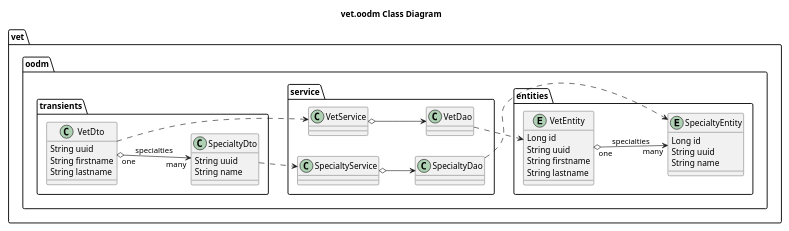
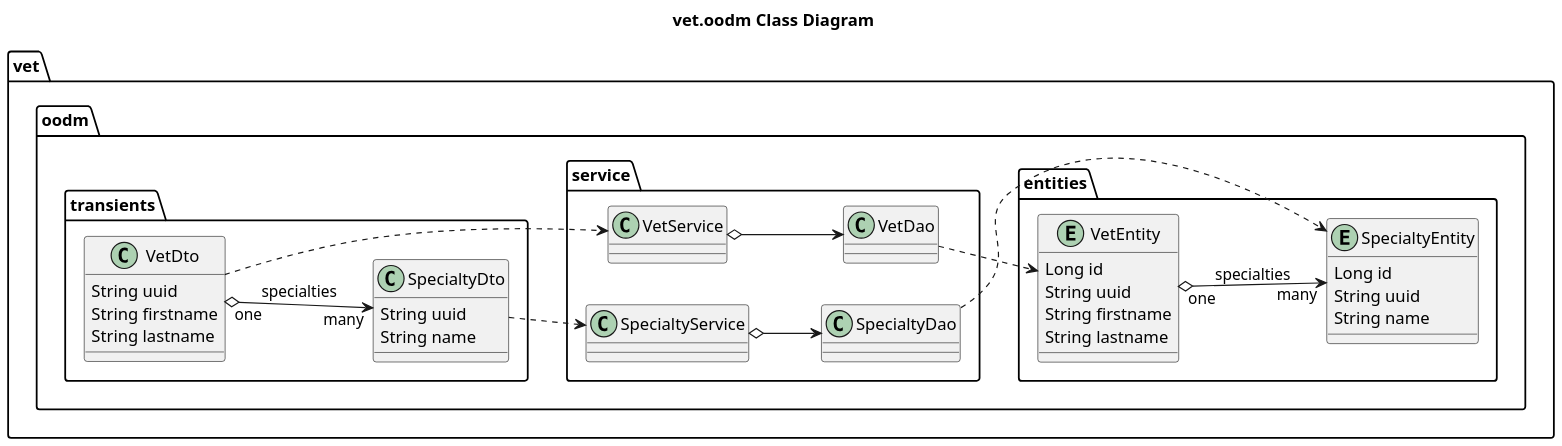
One commit to Jakarta-EE-Petclinic/petclinic-uml changed the diagram in puml/vet/DB__Class.puml. Above: the diagram before and after it, drawn with PlantUML. The commit also changed 3 other files, not shown here.

```diff
--- a/puml/vet/DB__Class.puml
+++ b/puml/vet/DB__Class.puml
@@ -1,76 +1,76 @@
 @startuml
 'https://plantuml.com/class-diagram
 
 title vet.oodm Class Diagram
 
 left to right direction
 'top to bottom direction
 
-scale 1000 width
+scale 2000 width
 
 package vet.oodm {
 
     package vet.oodm.entities {
 
         entity VetEntity {
             Long id
             String uuid
             String firstname
             String lastname
         }
 
         entity SpecialtyEntity {
             Long id
             String uuid
             String name
         }
 
         VetEntity "one" o--> "many" SpecialtyEntity: specialties
     }
 
     package vet.oodm.service {
 
         class VetService {
 
         }
 
         class VetDao {
 
         }
 
         class SpecialtyService {
 
         }
 
         class SpecialtyDao {
 
         }
 
         VetService o--> VetDao
         SpecialtyService o--> SpecialtyDao
 
         VetDao ..> VetEntity
         SpecialtyDao ..> SpecialtyEntity
     }
 
     package vet.oodm.transients {
 
         class VetDto {
             String uuid
             String firstname
             String lastname
         }
 
         class SpecialtyDto {
             String uuid
             String name
         }
 
         VetDto "one" o--> "many" SpecialtyDto: specialties
 
         VetDto ..> VetService
         SpecialtyDto ..> SpecialtyService
     }
 }
 
 @enduml
```
